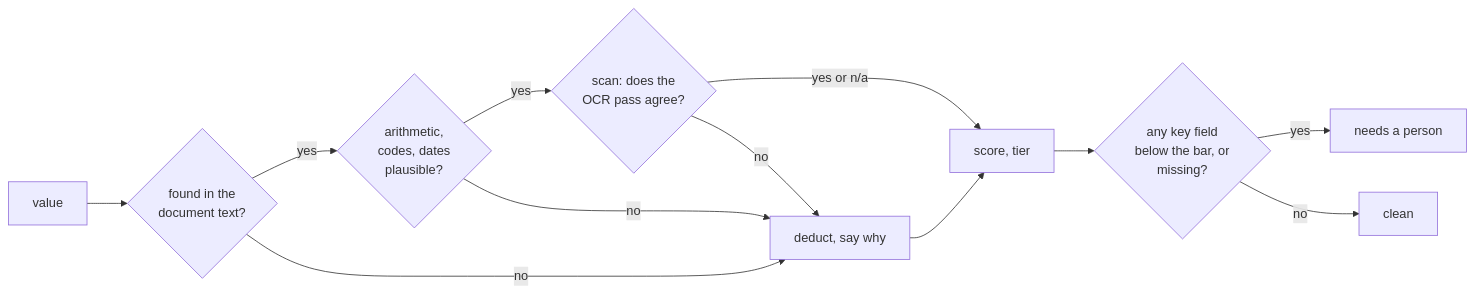
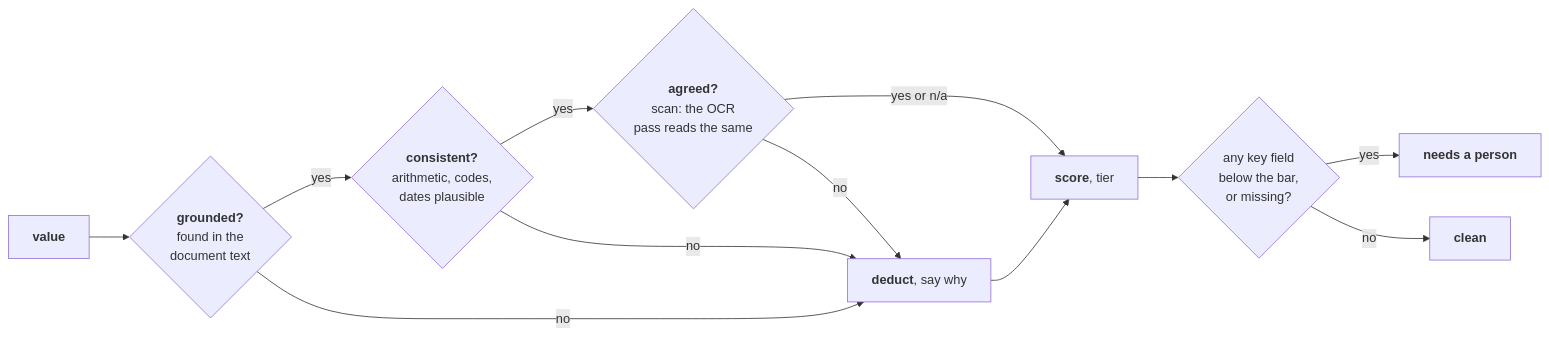
Before and after one commit to sean-carmody5/docintel: the second of 2 diagrams in README.md, drawn with Mermaid. The commit also changed other lines of this file and 3 other files, not shown here.

Commit message:
Diagrams: stage names in bold; write-up notes on model comparison breadth and the second pass

````diff
--- a/README.md
+++ b/README.md
@@ -81,14 +81,14 @@
 ```mermaid
 flowchart LR
-  V[value] --> G{found in the<br/>document text?}
-  G -->|yes| C{arithmetic,<br/>codes, dates<br/>plausible?}
-  G -->|no| D[deduct, say why]
-  C -->|yes| O{scan: does the<br/>OCR pass agree?}
+  V["<b>value</b>"] --> G{"<b>grounded?</b><br/>found in the<br/>document text"}
+  G -->|yes| C{"<b>consistent?</b><br/>arithmetic, codes,<br/>dates plausible"}
+  G -->|no| D["<b>deduct</b>, say why"]
+  C -->|yes| O{"<b>agreed?</b><br/>scan: the OCR<br/>pass reads the same"}
   C -->|no| D
-  O -->|yes or n/a| S[score, tier]
+  O -->|yes or n/a| S["<b>score</b>, tier"]
   O -->|no| D
   D --> S
-  S --> R{any key field<br/>below the bar, or<br/>missing?}
-  R -->|yes| N[needs a person]
-  R -->|no| K[clean]
+  S --> R{"any key field<br/>below the bar,<br/>or missing?"}
+  R -->|yes| N["<b>needs a person</b>"]
+  R -->|no| K["<b>clean</b>"]
 ```
````
